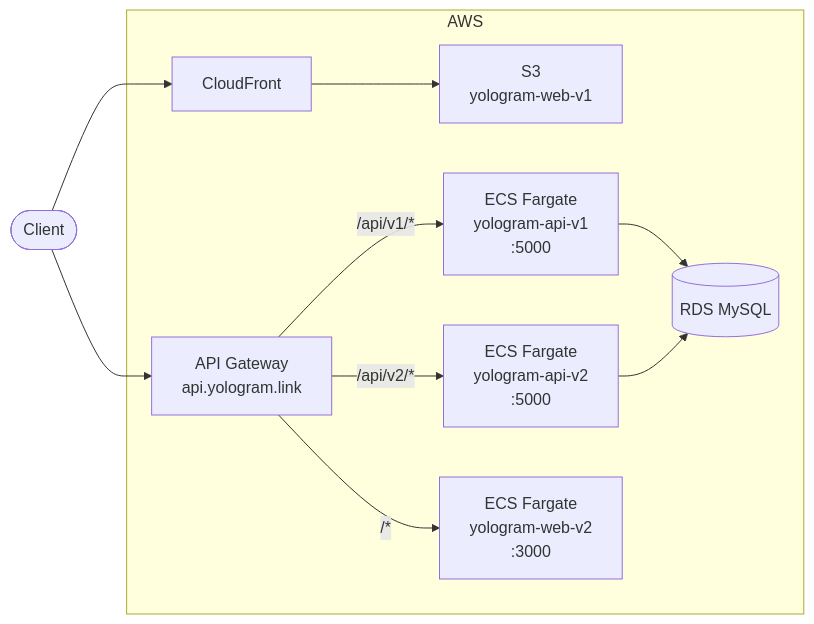
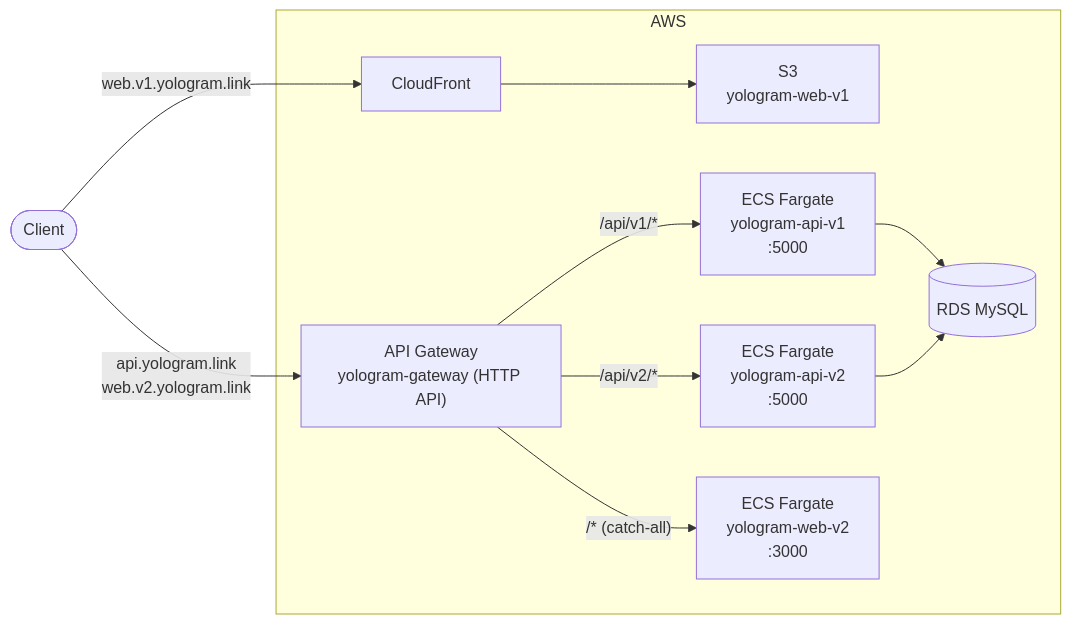
The diagram in README.md (yologger/yologram), drawn with Mermaid before and after one commit. The commit also changed other lines of this file, not shown here.

Commit message:
README: 아키텍처 다이어그램 정정 (web-v2 진입 도메인/catch-all 표현) + 서비스 URL 정정

````diff
--- a/README.md
+++ b/README.md
@@ -14,19 +14,19 @@
 ```mermaid
 flowchart LR
     Client([Client])
 
-    Client --> CloudFront
-    Client --> APIGW
+    Client -- "web.v1.yologram.link" --> CloudFront
+    Client -- "api.yologram.link<br/>web.v2.yologram.link" --> APIGW
 
     subgraph AWS
-        CloudFront --> S3["S3\nyologram-web-v1"]
+        CloudFront --> S3["S3<br/>yologram-web-v1"]
 
-        APIGW["API Gateway\napi.yologram.link"]
-        APIGW -- "/api/v1/*" --> ECS_API_V1["ECS Fargate\nyologram-api-v1\n:5000"]
-        APIGW -- "/api/v2/*" --> ECS_API_V2["ECS Fargate\nyologram-api-v2\n:5000"]
-        APIGW -- "/*" --> ECS_WEB_V2["ECS Fargate\nyologram-web-v2\n:3000"]
+        APIGW["API Gateway<br/>yologram-gateway (HTTP API)"]
+        APIGW -- "/api/v1/*" --> ECS_API_V1["ECS Fargate<br/>yologram-api-v1<br/>:5000"]
+        APIGW -- "/api/v2/*" --> ECS_API_V2["ECS Fargate<br/>yologram-api-v2<br/>:5000"]
+        APIGW -- "/* (catch-all)" --> ECS_WEB_V2["ECS Fargate<br/>yologram-web-v2<br/>:3000"]
 
         ECS_API_V1 --> RDS[(RDS MySQL)]
         ECS_API_V2 --> RDS
     end
 ```
````
